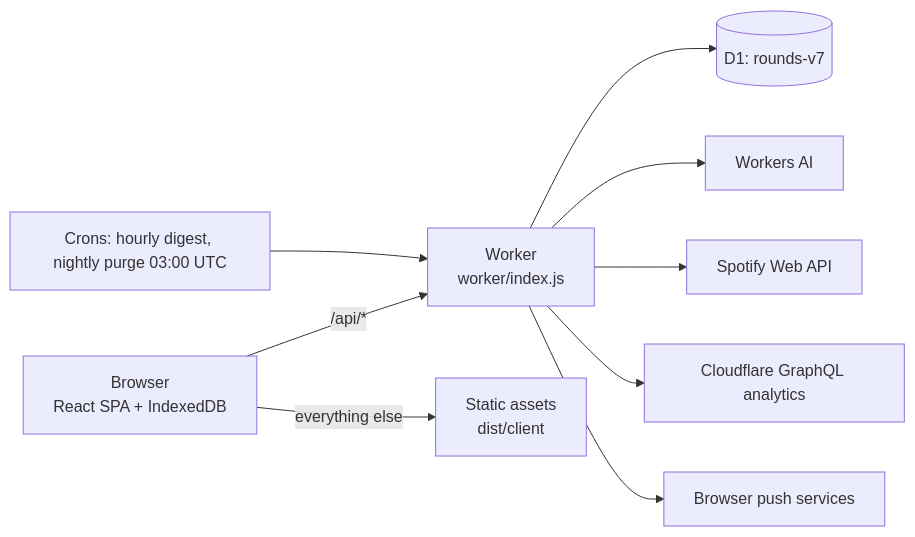
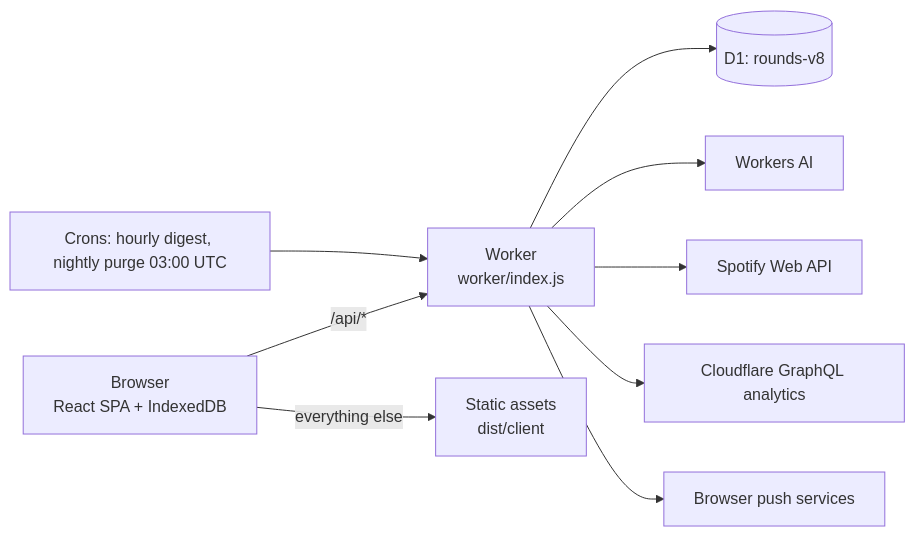
Before and after one commit to gvogas/medDashboard: the diagram in docs/PROJECT-OVERVIEW.md, drawn with Mermaid. The commit also changed other lines of this file and 3 other files, not shown here.

````diff
--- a/docs/PROJECT-OVERVIEW.md
+++ b/docs/PROJECT-OVERVIEW.md
@@ -55,11 +55,11 @@
 ```mermaid
 flowchart LR
   B[Browser<br/>React SPA + IndexedDB] -->|/api/*| W[Worker<br/>worker/index.js]
   B -->|everything else| A[Static assets<br/>dist/client]
-  W --> D[(D1: rounds-v7)]
+  W --> D[(D1: rounds-v8)]
   W --> AI[Workers AI]
   W --> S[Spotify Web API]
   W --> CF[Cloudflare GraphQL analytics]
   C[Crons: hourly digest, nightly purge 03:00 UTC] --> W
   W --> P[Browser push services]
 ```
````
